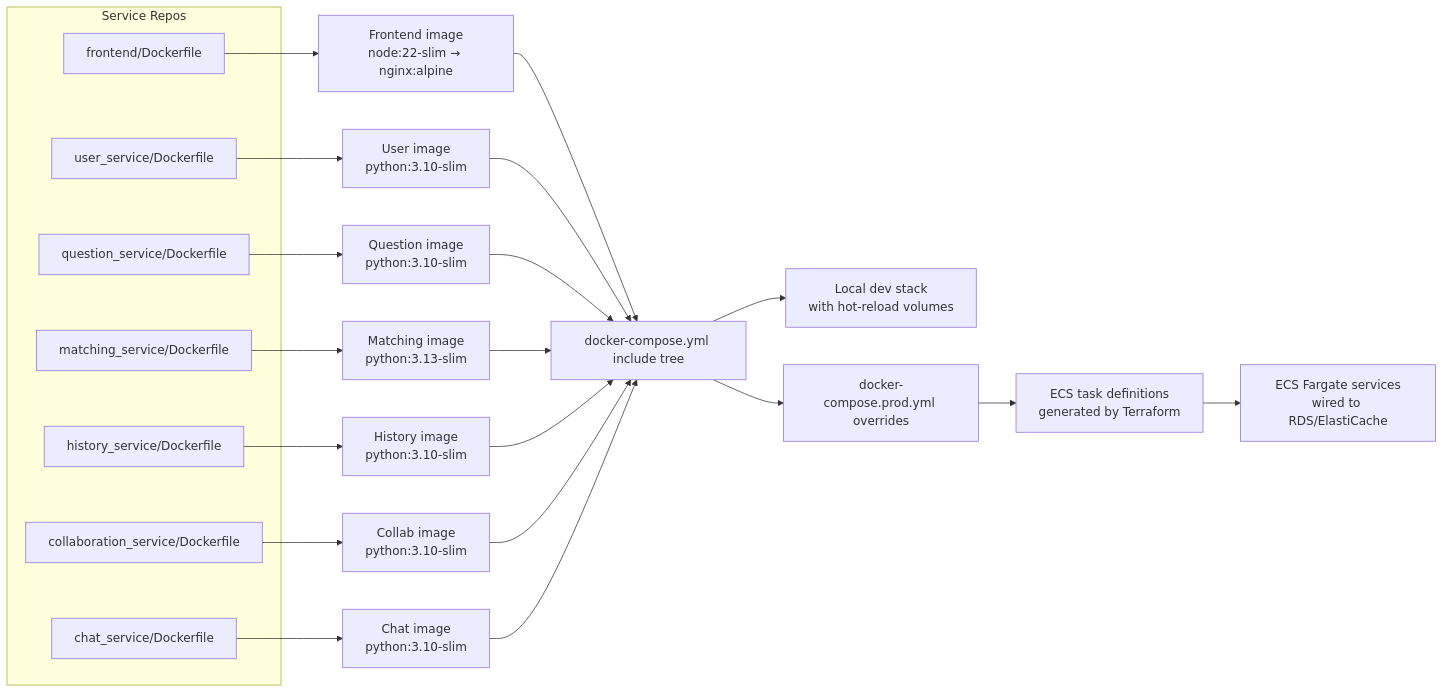
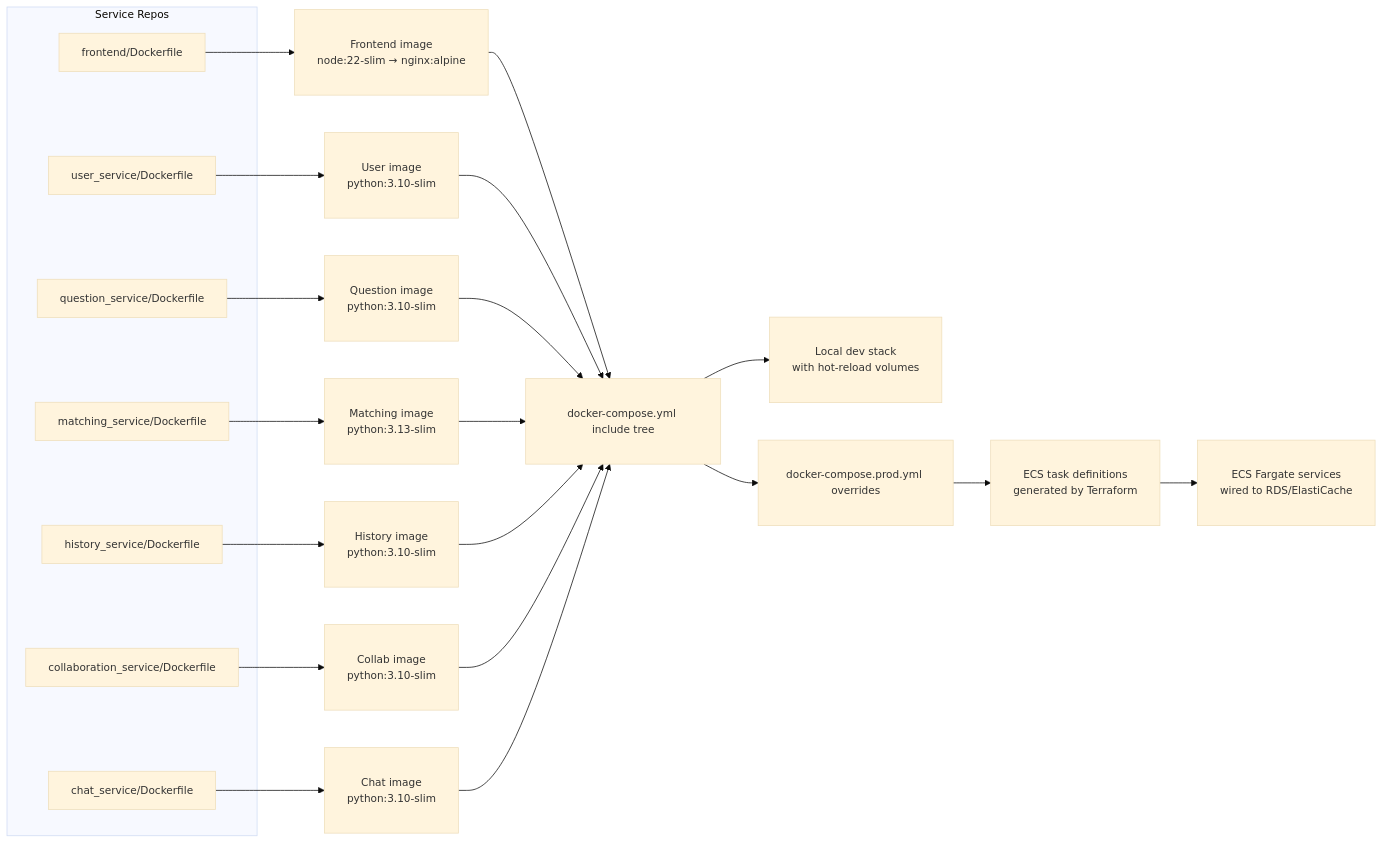
The first of 8 diagrams in docs/p1_deploy.md (JoanneHing/cs3219-ay2526s1-project-g19), drawn with Mermaid before and after one commit.

Commit message:
docs : update pic pic

````diff
--- a/docs/p1_deploy.md
+++ b/docs/p1_deploy.md
@@ -9,32 +9,36 @@
 ```mermaid
+%%{init: {'theme':'base', 'themeVariables': {'fontSize':'14px'}}}%%
 graph LR
   subgraph ServiceRepos["Service Repos"]
-    FE[frontend/Dockerfile]
-    US[user_service/Dockerfile]
-    QS[question_service/Dockerfile]
-    MS[matching_service/Dockerfile]
-    HS[history_service/Dockerfile]
-    CS[collaboration_service/Dockerfile]
-    CH[chat_service/Dockerfile]
+    FE["frontend/Dockerfile"]
+    US["user_service/Dockerfile"]
+    QS["question_service/Dockerfile"]
+    MS["matching_service/Dockerfile"]
+    HS["history_service/Dockerfile"]
+    CS["collaboration_service/Dockerfile"]
+    CH["chat_service/Dockerfile"]
   end
 
   FE --> FE_IMG["Frontend image<br/>node:22-slim → nginx:alpine"]
   US --> US_IMG["User image<br/>python:3.10-slim"]
   QS --> QS_IMG["Question image<br/>python:3.10-slim"]
   MS --> MS_IMG["Matching image<br/>python:3.13-slim"]
   HS --> HS_IMG["History image<br/>python:3.10-slim"]
   CS --> CS_IMG["Collab image<br/>python:3.10-slim"]
   CH --> CH_IMG["Chat image<br/>python:3.10-slim"]
 
   FE_IMG --> Compose["docker-compose.yml include tree"]
   US_IMG --> Compose
   QS_IMG --> Compose
   MS_IMG --> Compose
   HS_IMG --> Compose
   CS_IMG --> Compose
   CH_IMG --> Compose
   Compose --> DevStack["Local dev stack<br/>with hot-reload volumes"]
   Compose --> ProdOverlay["docker-compose.prod.yml overrides"]
   ProdOverlay --> Terraform["ECS task definitions<br/>generated by Terraform"]
   Terraform --> Fargate["ECS Fargate services<br/>wired to RDS/ElastiCache"]
+
+  classDef wider padding:10px
+  class FE_IMG,US_IMG,QS_IMG,MS_IMG,HS_IMG,CS_IMG,CH_IMG,Compose,DevStack,ProdOverlay,Terraform,Fargate wider
 ```
````
